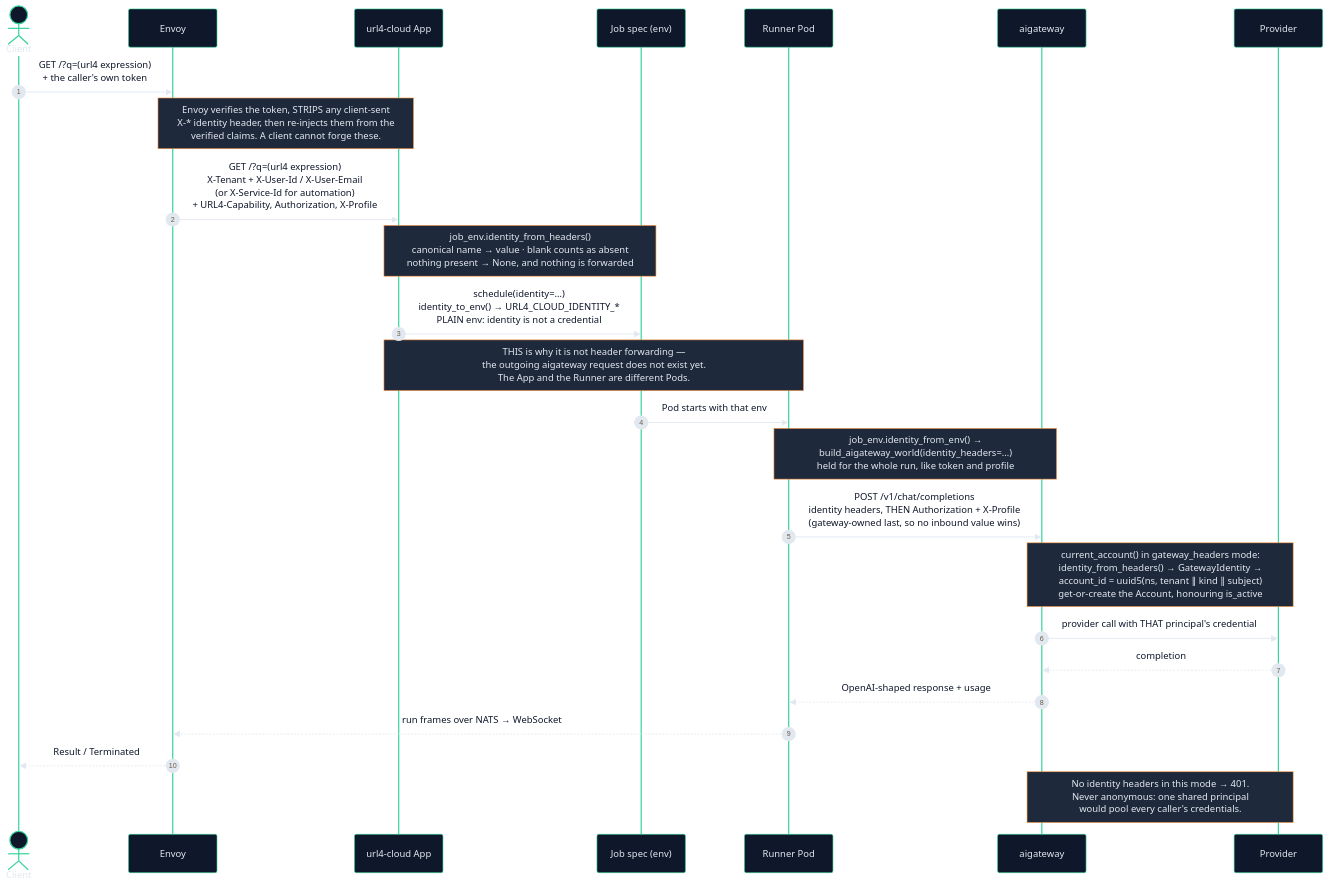
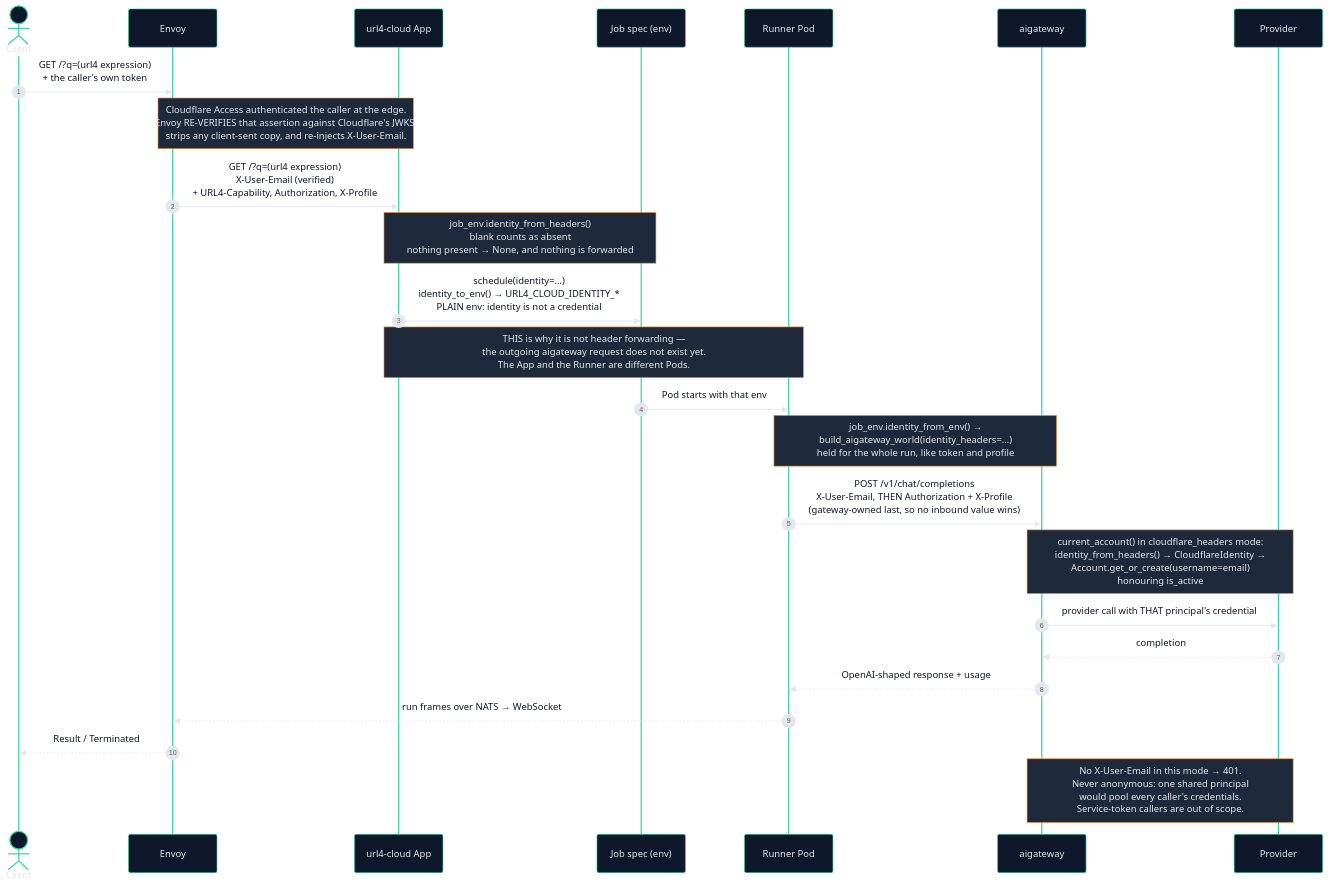
The diagram in docs/diagrams/gateway-identity-flow.mmd (OpenMined/screamingface), drawn with Mermaid before and after one commit. The commit also changed 29 other files, not shown here.

First line of the commit message:
refactor(aigateway)!: name the identity Cloudflare's, and reduce it to one header

```diff
--- a/docs/diagrams/gateway-identity-flow.mmd
+++ b/docs/diagrams/gateway-identity-flow.mmd
@@ -1,33 +1,33 @@
 %%{init: {"theme": "base",  "themeVariables": {"primaryColor": "#0f172a", "primaryTextColor": "#e2e8f0", "primaryBorderColor": "#34d399", "lineColor": "#94a3b8", "actorBorder": "#34d399", "actorTextColor": "#e2e8f0", "noteBkgColor": "#1e293b", "noteTextColor": "#e2e8f0", "noteBorderColor": "#fb923c", "signalTextColor": "#0f172a"}}}%%
 sequenceDiagram
     autonumber
     actor C as Client
     participant E as Envoy
     participant A as url4-cloud App
     participant J as Job spec (env)
     participant R as Runner Pod
     participant G as aigateway
     participant P as Provider
 
     C->>E: GET /?q=(url4 expression)<br/>+ the caller's own token
-    Note over E,A: Envoy verifies the token, STRIPS any client-sent<br/>X-* identity header, then re-injects them from the<br/>verified claims. A client cannot forge these.
-    E->>A: GET /?q=(url4 expression)<br/>X-Tenant + X-User-Id / X-User-Email<br/>(or X-Service-Id for automation)<br/>+ URL4-Capability, Authorization, X-Profile
+    Note over E,A: Cloudflare Access authenticated the caller at the edge.<br/>Envoy RE-VERIFIES that assertion against Cloudflare's JWKS,<br/>strips any client-sent copy, and re-injects X-User-Email.
+    E->>A: GET /?q=(url4 expression)<br/>X-User-Email (verified)<br/>+ URL4-Capability, Authorization, X-Profile
 
-    Note over A,J: job_env.identity_from_headers()<br/>canonical name → value · blank counts as absent<br/>nothing present → None, and nothing is forwarded
+    Note over A,J: job_env.identity_from_headers()<br/>blank counts as absent<br/>nothing present → None, and nothing is forwarded
     A->>J: schedule(identity=…)<br/>identity_to_env() → URL4_CLOUD_IDENTITY_*<br/>PLAIN env: identity is not a credential
 
     Note over A,R: THIS is why it is not header forwarding —<br/>the outgoing aigateway request does not exist yet.<br/>The App and the Runner are different Pods.
 
     J->>R: Pod starts with that env
     Note over R,G: job_env.identity_from_env() →<br/>build_aigateway_world(identity_headers=…)<br/>held for the whole run, like token and profile
 
-    R->>G: POST /v1/chat/completions<br/>identity headers, THEN Authorization + X-Profile<br/>(gateway-owned last, so no inbound value wins)
+    R->>G: POST /v1/chat/completions<br/>X-User-Email, THEN Authorization + X-Profile<br/>(gateway-owned last, so no inbound value wins)
 
-    Note over G,P: current_account() in gateway_headers mode:<br/>identity_from_headers() → GatewayIdentity →<br/>account_id = uuid5(ns, tenant ∥ kind ∥ subject)<br/>get-or-create the Account, honouring is_active
+    Note over G,P: current_account() in cloudflare_headers mode:<br/>identity_from_headers() → CloudflareIdentity →<br/>Account.get_or_create(username=email)<br/>honouring is_active
     G->>P: provider call with THAT principal's credential
     P-->>G: completion
     G-->>R: OpenAI-shaped response + usage
     R-->>E: run frames over NATS → WebSocket
     E-->>C: Result / Terminated
 
-    Note over G,P: No identity headers in this mode → 401.<br/>Never anonymous: one shared principal<br/>would pool every caller's credentials.
+    Note over G,P: No X-User-Email in this mode → 401.<br/>Never anonymous: one shared principal<br/>would pool every caller's credentials.<br/>Service-token callers are out of scope.
```
